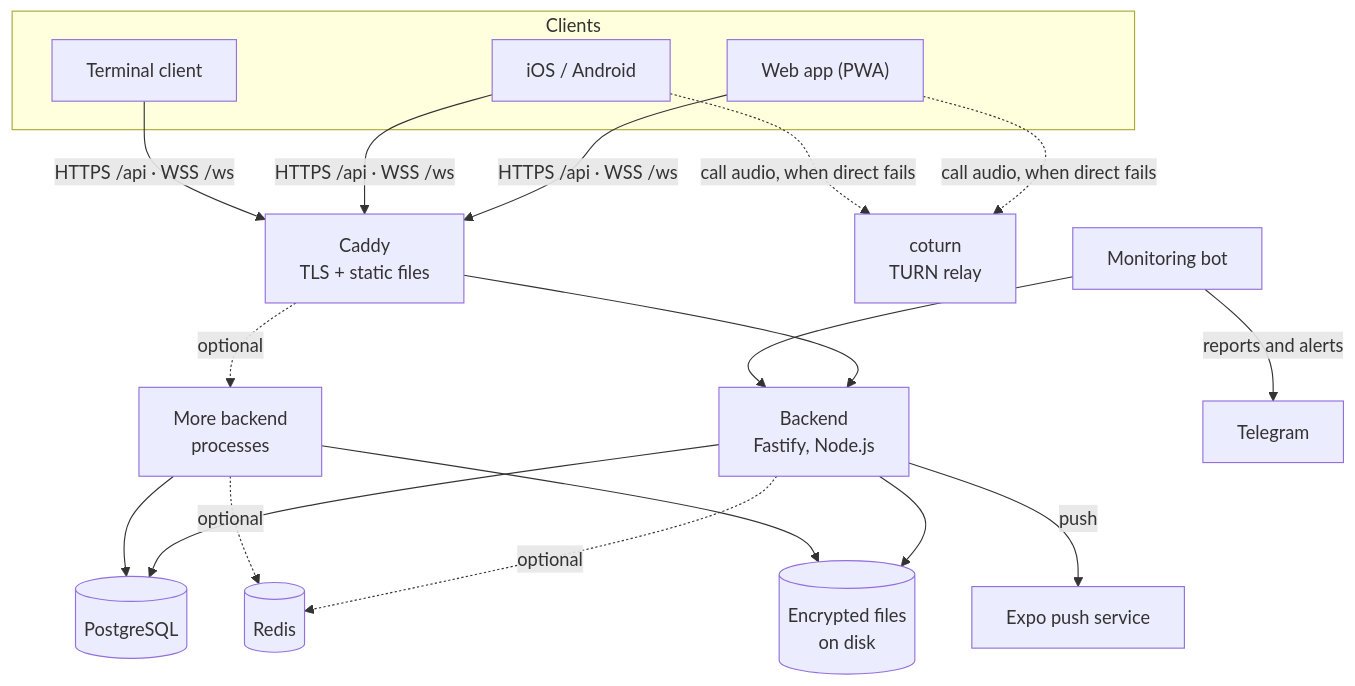
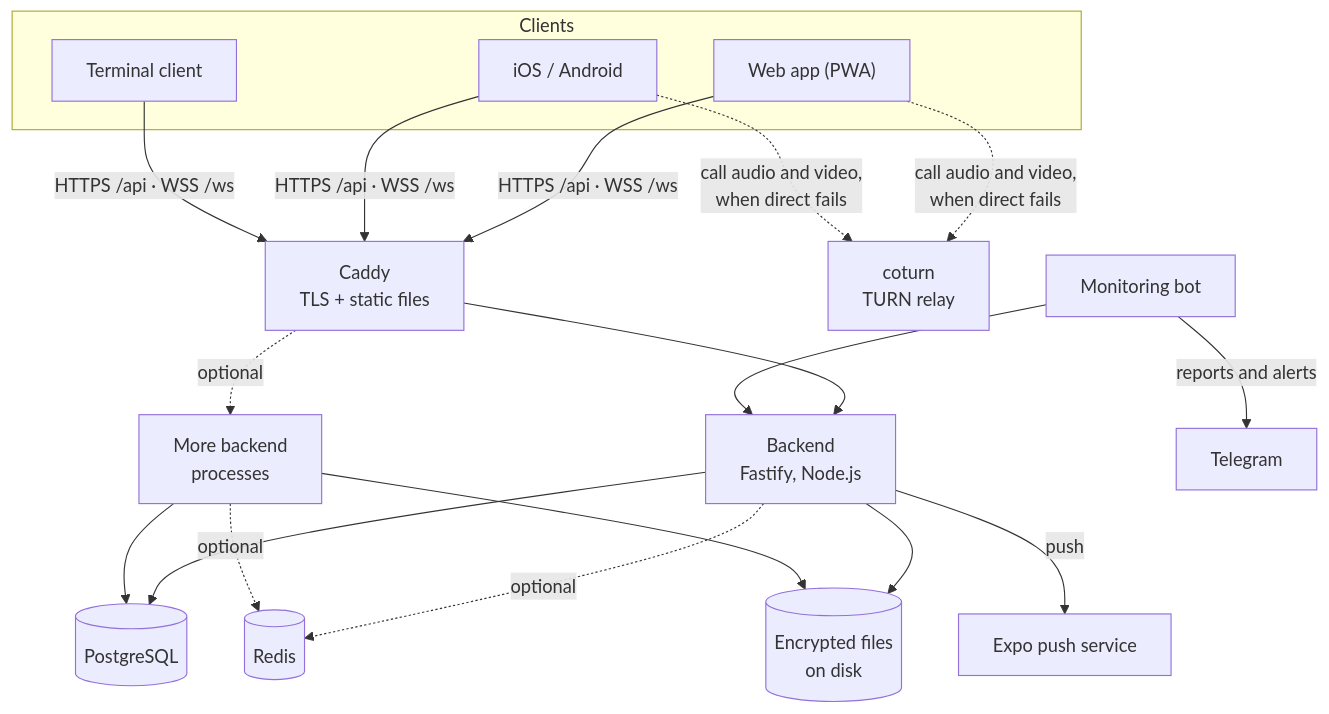
Before and after one commit to Skerpsh/Ostrich_Messenger: the second of 2 diagrams in README.md, drawn with Mermaid. The commit also changed other lines of this file and 2 other files, not shown here.

Commit message:
Docs: calls with video in the encryption list, what the server cannot see, the architecture, the apps' camera use, the security scope and the TURN server's traffic

````diff
--- a/README.md
+++ b/README.md
@@ -220,18 +220,18 @@
 ```mermaid
 flowchart TB
     subgraph Clients
         W["Web app (PWA)"]
         M["iOS / Android"]
         C["Terminal client"]
     end
     W & M & C -->|"HTTPS /api · WSS /ws"| CADDY["Caddy<br/>TLS + static files"]
     CADDY --> B1["Backend<br/>Fastify, Node.js"]
     CADDY -.->|optional| B2["More backend<br/>processes"]
     B1 & B2 --> PG[(PostgreSQL)]
     B1 & B2 -.->|optional| R[(Redis)]
     B1 & B2 --> FS[("Encrypted files<br/>on disk")]
     B1 -->|push| EXPO["Expo push service"]
-    W & M -.->|"call audio, when direct fails"| TURN["coturn<br/>TURN relay"]
+    W & M -.->|"call audio and video,<br/>when direct fails"| TURN["coturn<br/>TURN relay"]
     MON["Monitoring bot"] -->|reports and alerts| TG["Telegram"]
     MON --> B1
 ```
````
